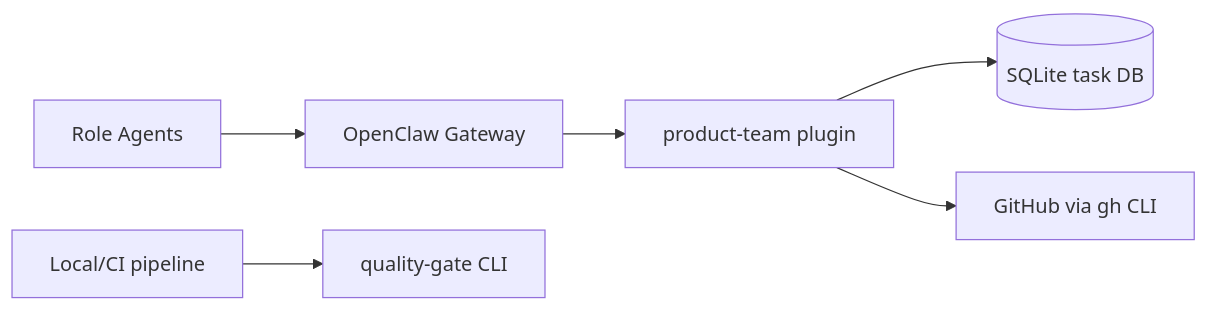
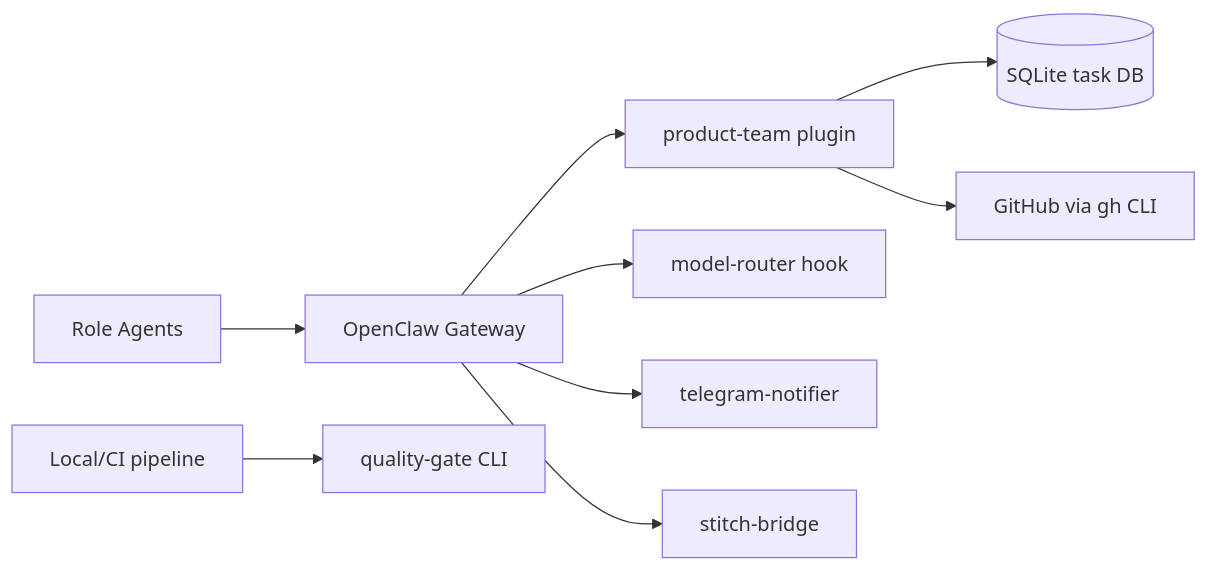
One commit to Monkey-D-Luisi/vibe-flow changed the diagram in README.md. Above: the diagram before and after it, drawn with Mermaid. The commit also changed other lines of this file and 39 other files, not shown here.

````diff
--- a/README.md
+++ b/README.md
@@ -16,8 +19,11 @@
 ```mermaid
 flowchart LR
   AG[Role Agents] --> OC[OpenClaw Gateway]
   OC --> PT[product-team plugin]
+  OC --> MR[model-router hook]
+  OC --> TN[telegram-notifier]
+  OC --> SB[stitch-bridge]
   PT --> DB[(SQLite task DB)]
   PT --> GH[GitHub via gh CLI]
   CI[Local/CI pipeline] --> QG[quality-gate CLI]
 ```
````
